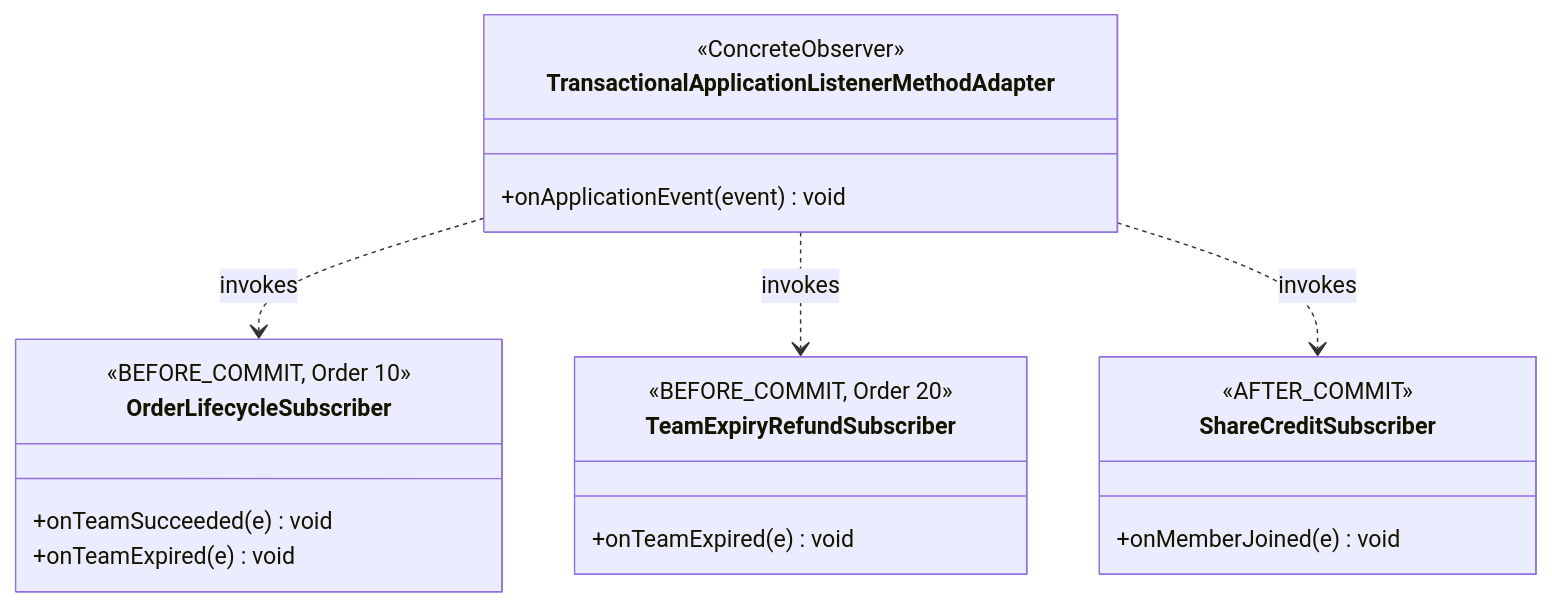
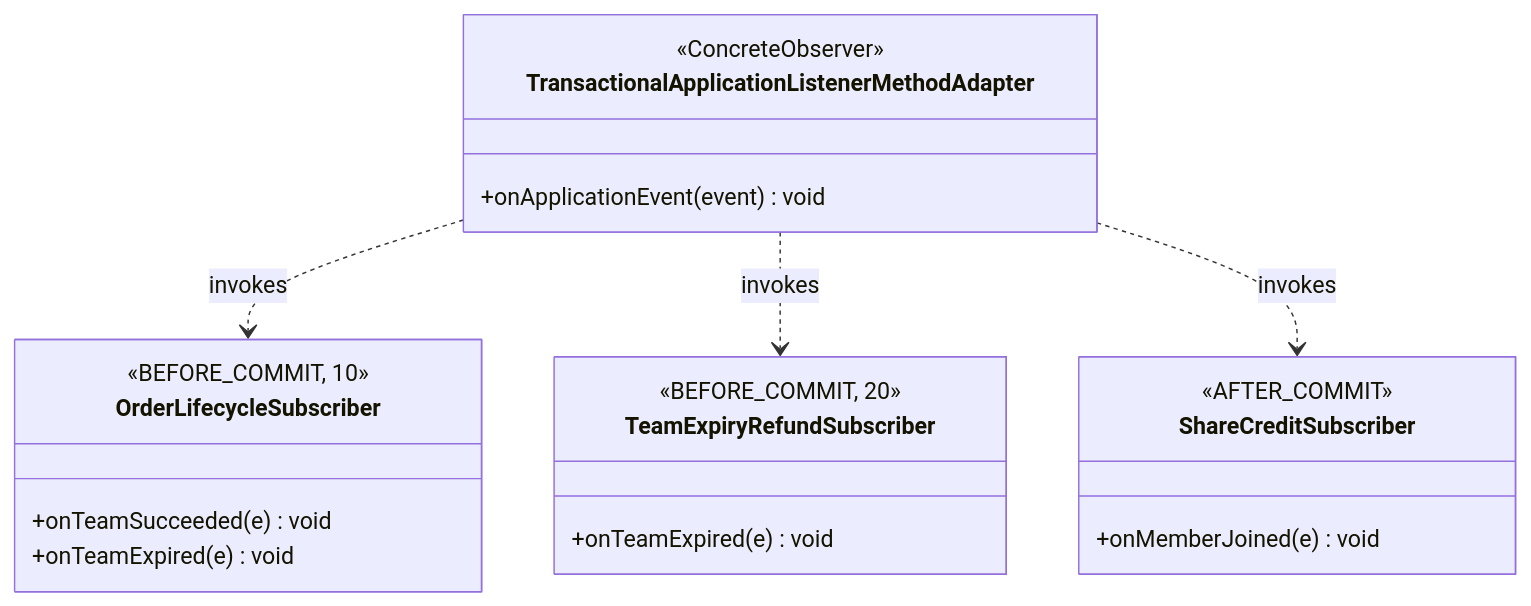
One commit to PPsyrius/iss-groupbuy-team8 changed the fourth of 6 diagrams in docs/swe5006/report/sections/03-5-2-yorik.md. Above: the diagram before and after it, drawn with Mermaid.

Commit message:
docs(report): each subscriber's stereotype prints its phase and @Order value on one line in Figure 3.120 at 3.5.2 (#463) [owner: Yorik]
The stereotypes <<BEFORE_COMMIT, Order 10>> and <<BEFORE_COMMIT, Order
20>> were wider than their class boxes, so they printed as
"<<BEFORE_COMMIT, Order" over "10>>", splitting the @Order value from
its label (p. 164 of the 238-page build of 55d4028e). They now read
<<BEFORE_COMMIT, 10>> and <<BEFORE_COMMIT, 20>> and fit on one line;
the caption already says the stereotype shows the transaction phase
and the @Order value. The values are unchanged: @Order(10) on
OrderLifecycleSubscriber and @Order(20) on TeamExpiryRefundSubscriber.
Checked by eye in the rendered preview of the section.

Owner: Yorik

Evidence-skipped: report wording; the sprint log entry of this PR covers it
Claude-Session: https://claude.ai/code/session_01JW6rqhVURQAqLAddc56V99

````diff
--- a/docs/swe5006/report/sections/03-5-2-yorik.md
+++ b/docs/swe5006/report/sections/03-5-2-yorik.md
@@ -162,27 +162,27 @@
 ```mermaid
 classDiagram
     class TransactionalApplicationListenerMethodAdapter {
         <<ConcreteObserver>>
         +onApplicationEvent(event) void
     }
     class OrderLifecycleSubscriber {
-        <<BEFORE_COMMIT, Order 10>>
+        <<BEFORE_COMMIT, 10>>
         +onTeamSucceeded(e) void
         +onTeamExpired(e) void
     }
     class TeamExpiryRefundSubscriber {
-        <<BEFORE_COMMIT, Order 20>>
+        <<BEFORE_COMMIT, 20>>
         +onTeamExpired(e) void
     }
     class ShareCreditSubscriber {
         <<AFTER_COMMIT>>
         +onMemberJoined(e) void
     }
 %% at TransactionalApplicationListenerMethodAdapter 1,0
 %% at OrderLifecycleSubscriber 0,1
 %% at TeamExpiryRefundSubscriber 1,1
 %% at ShareCreditSubscriber 2,1
     TransactionalApplicationListenerMethodAdapter ..> OrderLifecycleSubscriber : invokes
     TransactionalApplicationListenerMethodAdapter ..> TeamExpiryRefundSubscriber : invokes
     TransactionalApplicationListenerMethodAdapter ..> ShareCreditSubscriber : invokes
 ```
````
